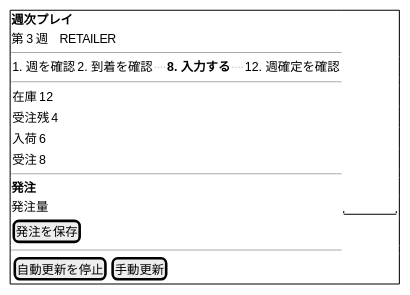
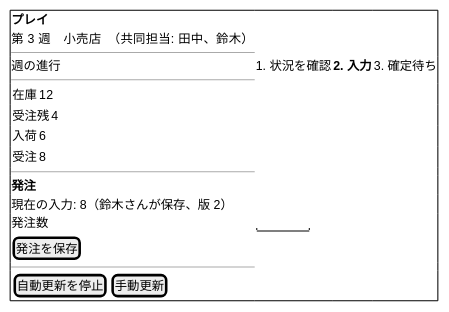
Before and after one commit to k2works/case-study-beer-game-simulation: the fourth of 9 diagrams in docs/design/beer-game2/ui-design.md, drawn with PlantUML. The commit also changed other lines of this file and 5 other files, not shown here.

````diff
--- a/docs/design/beer-game2/ui-design.md
+++ b/docs/design/beer-game2/ui-design.md
@@ -179,21 +196,22 @@
 ```plantuml
 @startsalt
 {+
-  <b>週次プレイ
-  第 3 週　RETAILER
+  <b>プレイ
+  第 3 週　小売店　（共同担当: 田中、鈴木）
   ---
-  { 1. 週を確認 | 2. 到着を確認 | ... | <b>8. 入力する | ... | 12. 週確定を確認 }
+  週の進行 | 1. 状況を確認 | <b>2. 入力 | 3. 確定待ち
   ---
   { 在庫 | 12 }
   { 受注残 | 4 }
   { 入荷 | 6 }
   { 受注 | 8 }
   ---
   <b>発注
-  発注量 | "      "
+  現在の入力: 8（鈴木さんが保存、版 2）
+  発注数 | "      "
   [ 発注を保存 ]
   ---
   { [ 自動更新を停止 ] | [ 手動更新 ] }
 }
 @endsalt
 ```
````
